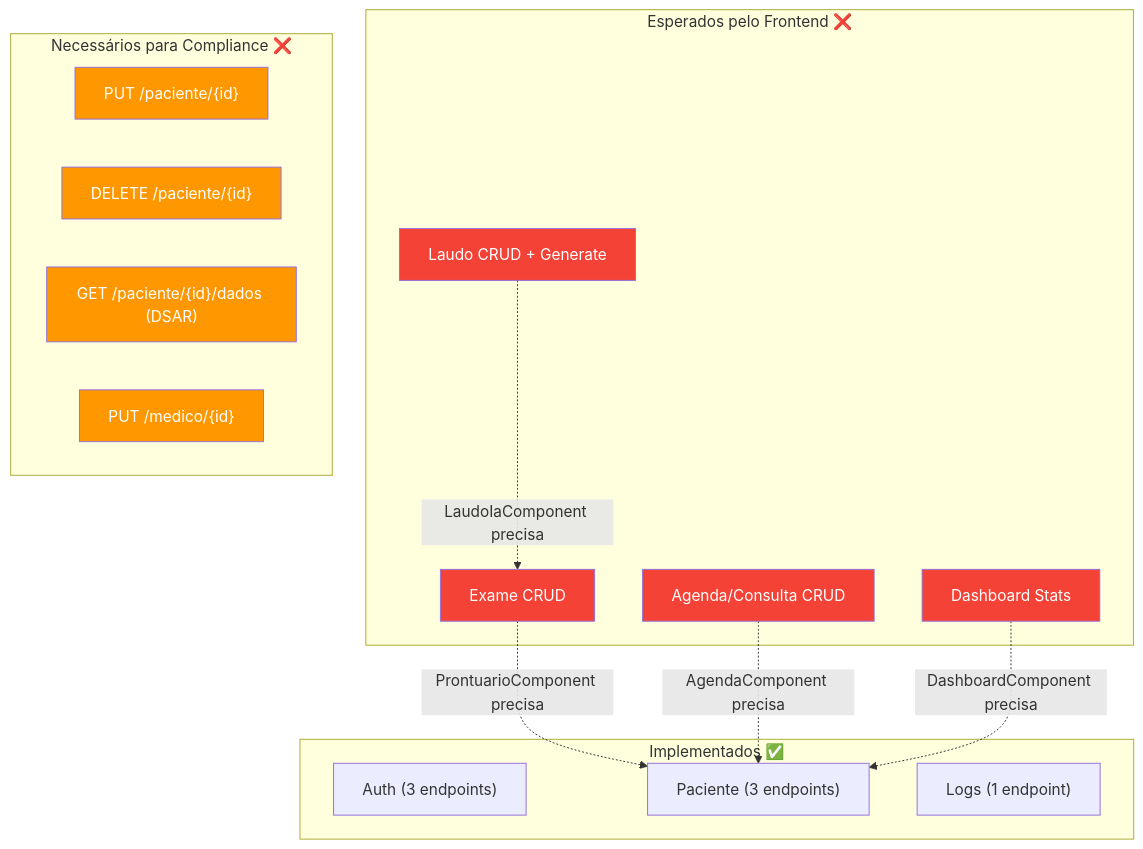
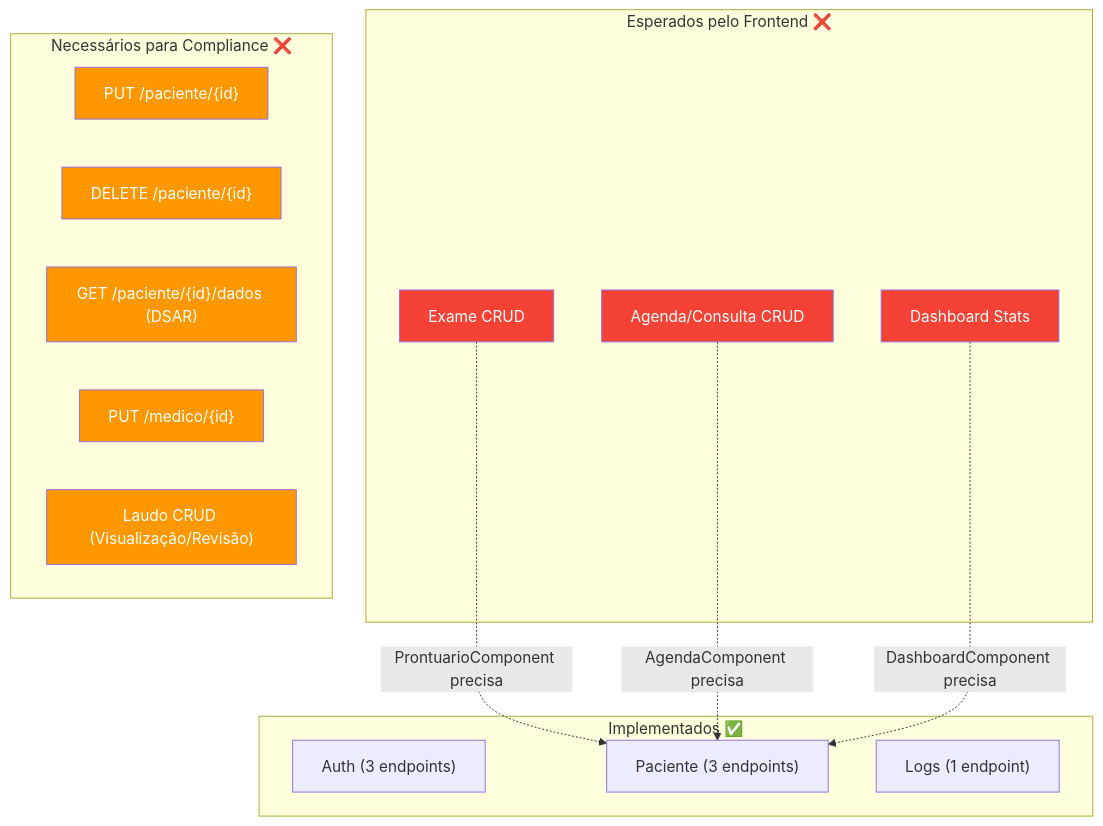
One commit to RyanAguiiarr/Tila_Brain changed the third of 4 diagrams in wiki/concepts/api-endpoints.md. Above: the diagram before and after it, drawn with Mermaid. The commit also changed other lines of this file and 19 other files, not shown here.

````diff
--- a/wiki/concepts/api-endpoints.md
+++ b/wiki/concepts/api-endpoints.md
@@ -556,36 +596,35 @@
 ```mermaid
 graph TD
     subgraph "Implementados ✅"
         A["Auth (3 endpoints)"]
         B["Paciente (3 endpoints)"]
         C["Logs (1 endpoint)"]
     end
 
     subgraph "Esperados pelo Frontend ❌"
         D["Exame CRUD"]
-        E["Laudo CRUD + Generate"]
         F["Agenda/Consulta CRUD"]
         G["Dashboard Stats"]
     end
 
     subgraph "Necessários para Compliance ❌"
         H["PUT /paciente/{id}"]
         I["DELETE /paciente/{id}"]
         J["GET /paciente/{id}/dados (DSAR)"]
         K["PUT /medico/{id}"]
+        E["Laudo CRUD (Visualização/Revisão)"]
     end
 
     D -.->|"ProntuarioComponent precisa"| B
-    E -.->|"LaudoIaComponent precisa"| D
     F -.->|"AgendaComponent precisa"| B
     G -.->|"DashboardComponent precisa"| B
 
     style D fill:#f44336,color:#fff
-    style E fill:#f44336,color:#fff
+    style E fill:#FF9800,color:#fff
     style F fill:#f44336,color:#fff
     style G fill:#f44336,color:#fff
     style H fill:#FF9800,color:#fff
     style I fill:#FF9800,color:#fff
     style J fill:#FF9800,color:#fff
     style K fill:#FF9800,color:#fff
 ```
````
